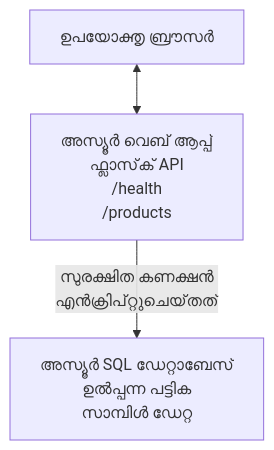
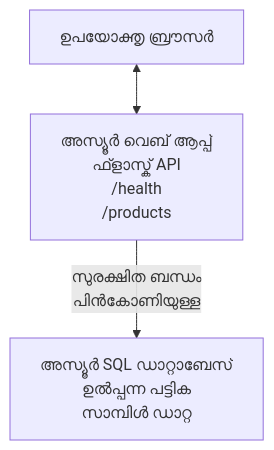
Before and after one commit to microsoft/AZD-for-beginners: the diagram in translations/ml/examples/database-app/README.md, drawn with Mermaid. The commit also changed other lines of this file and 101 other files, not shown here.

````diff
--- a/translations/ml/examples/database-app/README.md
+++ b/translations/ml/examples/database-app/README.md
@@ -72,5 +72,5 @@
 ```mermaid
 graph TD
-    Browser[ഉപയോക്തൃ ബ്രൗസര്‍] <--> WebApp[അസ്യൂര്‍ വെബ് ആപ്പ്<br/>ഫ്ലാസ്‌ക് API<br/>/health<br/>/products]
-    WebApp -- സുരക്ഷിത കണക്ഷന്‍<br/>എന്‍ക്രിപ്റ്റുചെയ്‌തത് --> SQL[അസ്യൂര്‍ SQL ഡേറ്റാബേസ്<br/>ഉല്‍പ്പന്ന പട്ടിക<br/>സാമ്പിൾ ഡേറ്റ]
+    Browser[ഉപയോക്തൃ ബ്രൗസർ] <--> WebApp[അസ്യൂർ വെബ് ആപ്പ്<br/>ഫ്ളാസ്ക് API<br/>/health<br/>/products]
+    WebApp -- സുരക്ഷിത ബന്ധം<br/>പിൻകോണിയുള്ള --> SQL[അസ്യൂർ SQL ഡാറ്റാബേസ്<br/>ഉൽപ്പന്ന പട്ടിക<br/>സാമ്പിൾ ഡാറ്റ]
 ```
````
